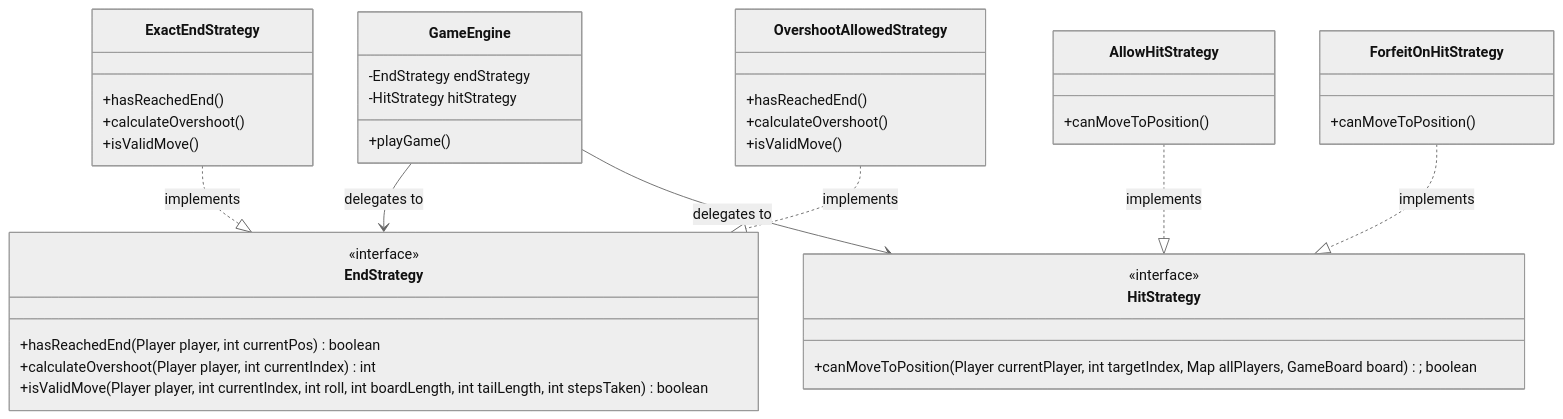
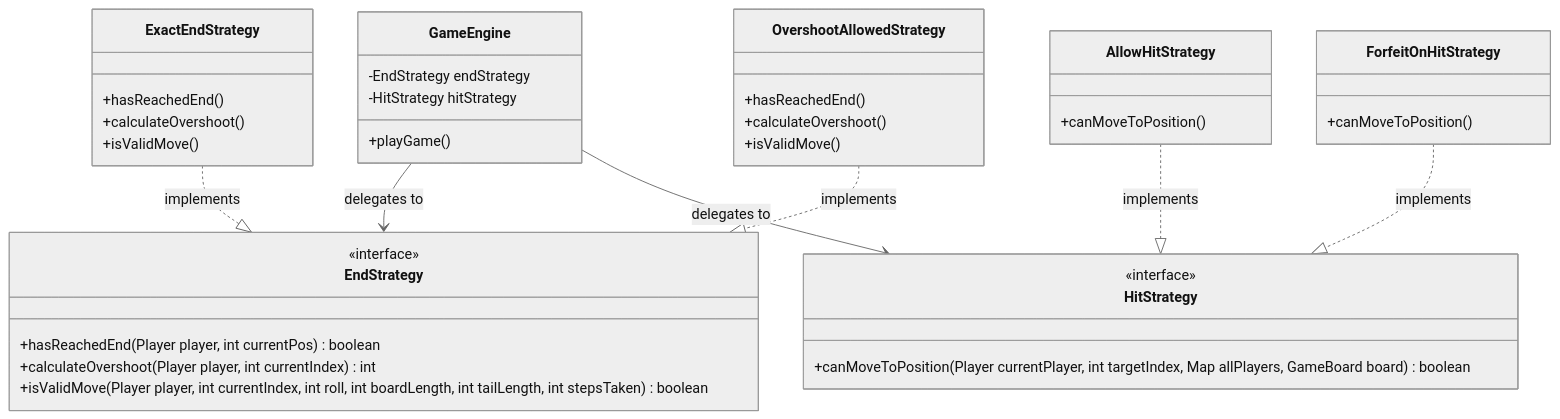
The fourth of 4 diagrams in README.md (daniel140280/Daniel_Hall_23748364), drawn with Mermaid (neutral theme) before and after one commit.

Commit message:
README check mermaid for Strategies

````diff
--- a/README.md
+++ b/README.md
@@ -126,45 +126,57 @@
 ```mermaid
 classDiagram
+    direction TB
+
+    %% Top-level
     class GameEngine {
         -EndStrategy endStrategy
         -HitStrategy hitStrategy
         +playGame()
     }
 
+    %% Interfaces
     class EndStrategy {
         <<interface>>
         +hasReachedEnd(Player player, int currentPos) boolean
         +calculateOvershoot(Player player, int currentIndex) int
         +isValidMove(Player player, int currentIndex, int roll, int boardLength, int tailLength, int stepsTaken) boolean
     }
 
     class HitStrategy {
         <<interface>>
-        +canMoveToPosition(Player currentPlayer, int targetIndex, Map<Player, PlayersInGameContext> allPlayers, GameBoard board); boolean
+        +canMoveToPosition(Player currentPlayer, int targetIndex, Map<Player, PlayersInGameContext> allPlayers, GameBoard board) boolean
     }
 
-    GameEngine --> EndStrategy : delegates to
-    GameEngine --> HitStrategy : delegates to
-    ExactEndStrategy ..|> EndStrategy : implements
-    OvershootAllowedStrategy ..|> EndStrategy : implements
-    AllowHitStrategy ..|> HitStrategy : implements
-    ForfeitOnHitStrategy ..|> HitStrategy : implements
-    
+    %% Implementations under EndStrategy
     class ExactEndStrategy {
         +hasReachedEnd()
         +calculateOvershoot()
         +isValidMove()
     }
+
     class OvershootAllowedStrategy {
         +hasReachedEnd()
         +calculateOvershoot()
         +isValidMove()
     }
-    
+
+    %% Implementations under HitStrategy
     class AllowHitStrategy {
         +canMoveToPosition()
     }
+
     class ForfeitOnHitStrategy {
         +canMoveToPosition()
     }
+
+    %% Relationships
+    GameEngine --> EndStrategy : delegates to
+    GameEngine --> HitStrategy : delegates to
+
+    ExactEndStrategy ..|> EndStrategy : implements
+    OvershootAllowedStrategy ..|> EndStrategy : implements
+
+    AllowHitStrategy ..|> HitStrategy : implements
+    ForfeitOnHitStrategy ..|> HitStrategy : implements
+
 ```
````
